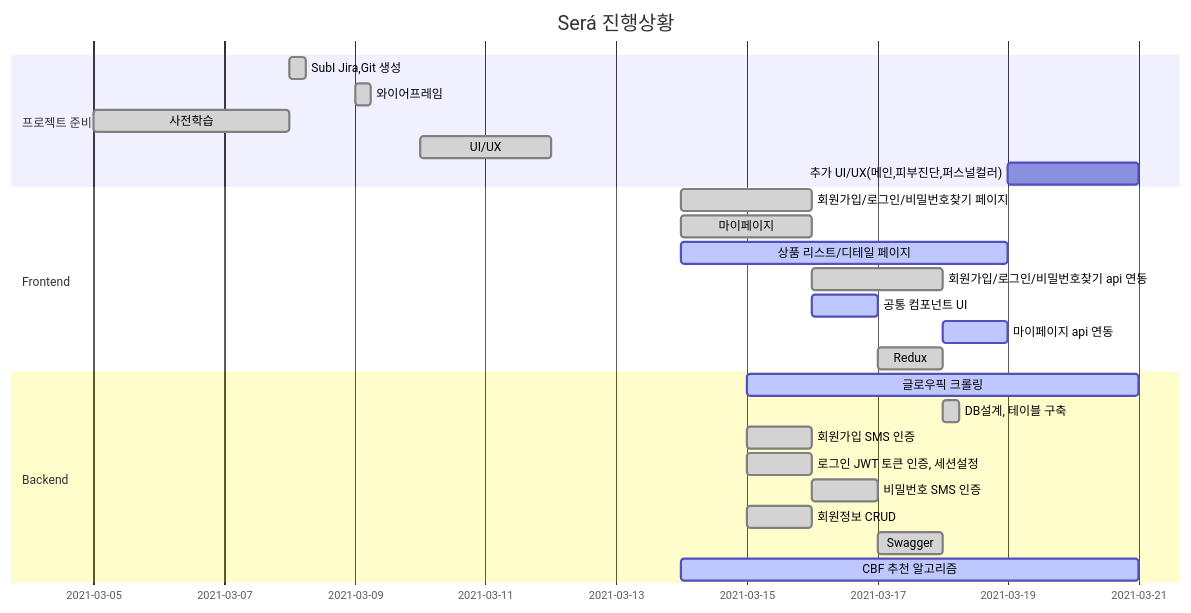
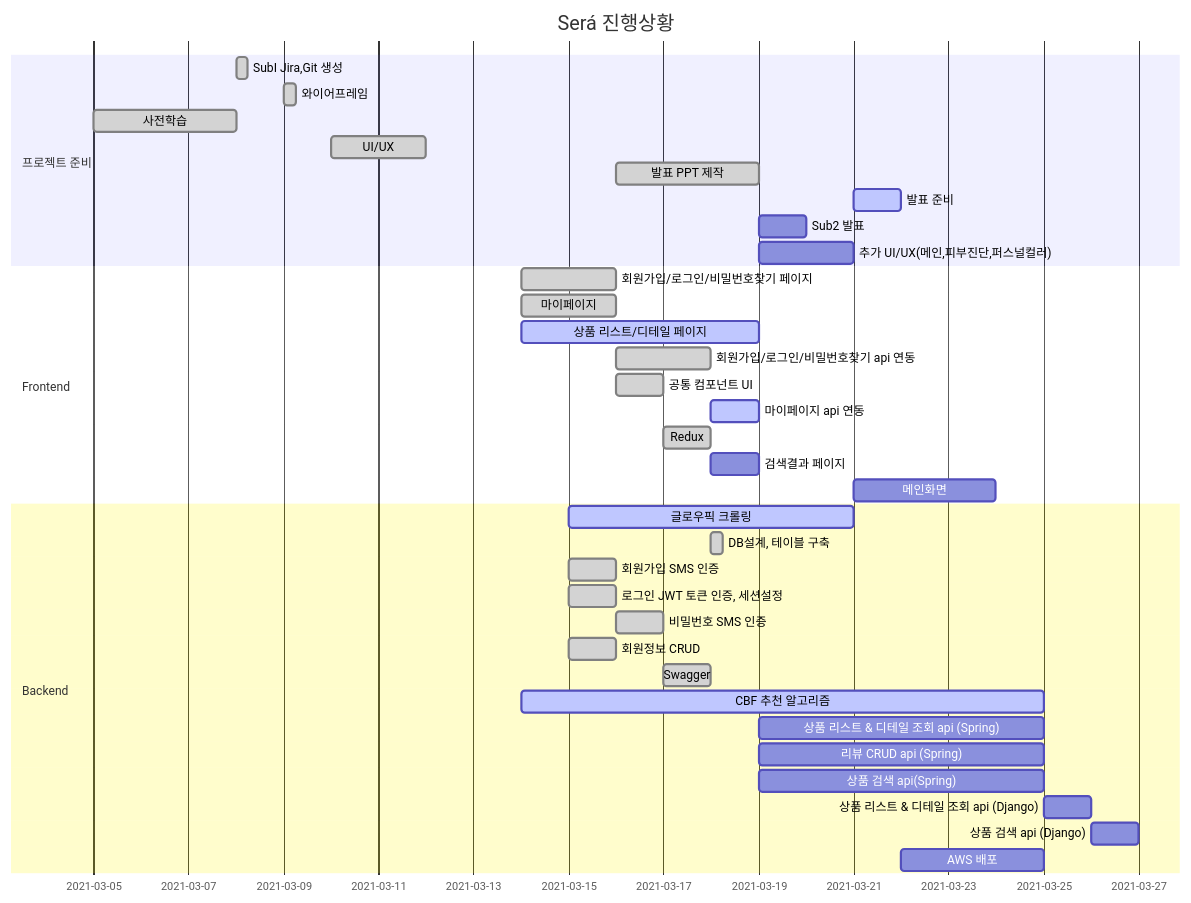
One commit to jihyeong2/PJT-Sera changed the diagram in README.md. Above: the diagram before and after it, drawn with Mermaid.

Commit message:
README_0318: gantt chart 수정

````diff
--- a/README.md
+++ b/README.md
@@ -32,31 +32,43 @@
 ```mermaid
 gantt
     title Será 진행상황
     dateFormat  YYYY-MM-DD
     section 프로젝트 준비
     SubⅠ Jira,Git 생성  :done, 2021-03-08, 6h
     와이어프레임 : done, 2021-03-09, 6h
     사전학습   :done, 2021-03-05, 3d
     UI/UX   : done,   2021-03-10, 2d
+    발표 PPT 제작: done, t8, 2021-03-16, 3d
+    발표 준비 : active,t9, after t8, 1d
+    Sub2 발표 : t10, 2021-03-19, 1d
     추가 UI/UX(메인,피부진단,퍼스널컬러): t8, 2021-03-19, 2d
 
     section Frontend
    	회원가입/로그인/비밀번호찾기 페이지 :  done, t1, 2021-03-14, 2d
    	마이페이지 :  done, t2, 2021-03-14, 2d
    	상품 리스트/디테일 페이지  : active, t3, 2021-03-14, 5d
     회원가입/로그인/비밀번호찾기 api 연동 : done, t4, after t1,2d
-    공통 컴포넌트 UI : active, t7, 2021-03-16, 1d
+    공통 컴포넌트 UI : done, t7, 2021-03-16, 1d
     마이페이지 api 연동: active, t5, 2021-03-18, 1d
     Redux : done, t6, 2021-03-17, 1d
-  
+  	검색결과 페이지 : t11, 2021-03-18, 1d
+  	메인화면: t12, after t8, 3d
+
     
     section Backend
   	글로우픽 크롤링 : active, b_t1, 2021-03-15, 6d
   	DB설계, 테이블 구축 : done, b_t2, after 2021-03-12, 6h
     회원가입 SMS 인증 : done, b_t4, 2021-03-15, 1d
     로그인 JWT 토큰 인증, 세션설정 : done, b_t5, 2021-03-15, 1d
     비밀번호 SMS 인증 : done, b_t6, 2021-03-16, 1d
     회원정보 CRUD : done, b_t7, 2021-03-15, 1d
     Swagger : done, b_t8, after b_t6, 1d
-    CBF 추천 알고리즘 : active, b_t3, 2021-03-14, 7d
+    CBF 추천 알고리즘 : active, b_t3, 2021-03-14, 11d
+    상품 리스트 & 디테일 조회 api (Spring): b_t9, 2021-03-19,6d
+    리뷰 CRUD api (Spring): b_t10, 2021-03-19, 6d
+	상품 검색 api(Spring):  b_t12, 2021-03-19, 6d
+    상품 리스트 & 디테일 조회 api (Django): b_t11, after b_t3, 1d
+    상품 검색 api (Django): b_t13, after b_t11, 1d
+    AWS 배포: b_t13, 2021-03-22, 3d
+    
 ```
````
